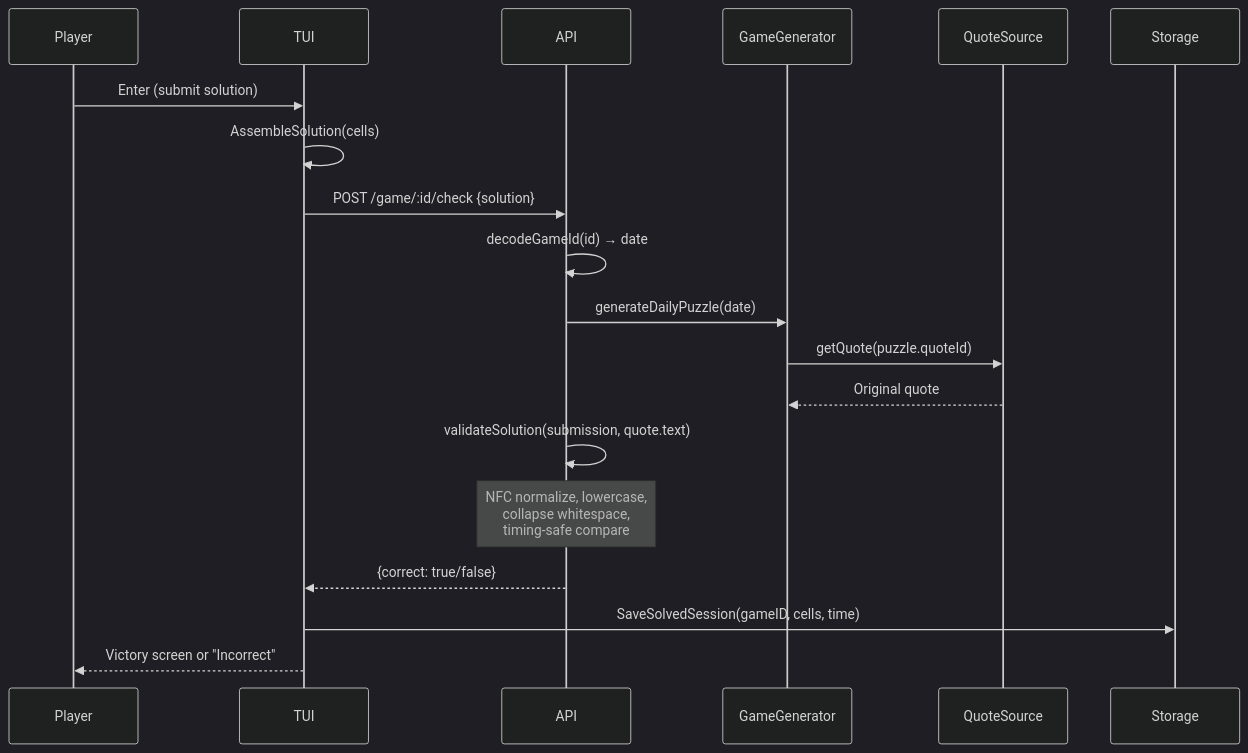
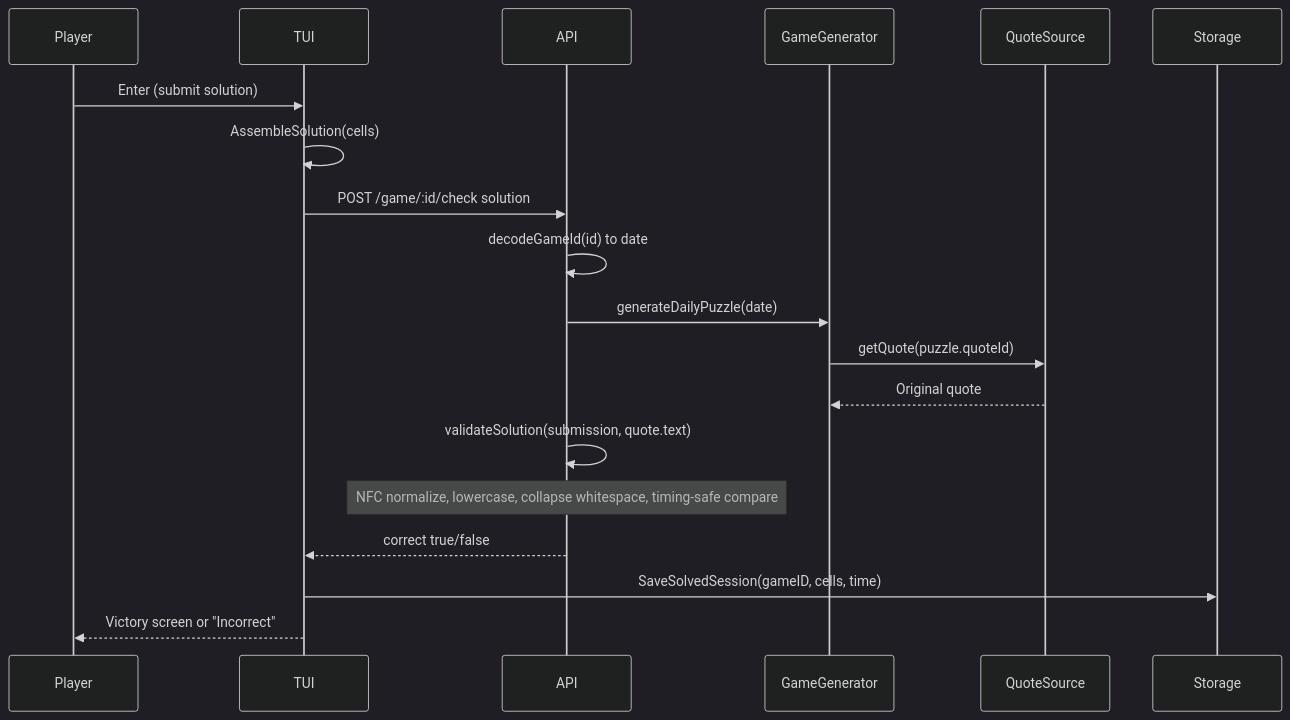
One commit to bojanrajkovic/unquote changed the third of 4 diagrams in docs/CODEBASE_MAP.md. Above: the diagram before and after it, drawn with Mermaid (dark theme). The commit also changed other lines of this file, not shown here.

First line of the commit message:
docs: fix mermaid diagram rendering on github

````diff
--- a/docs/CODEBASE_MAP.md
+++ b/docs/CODEBASE_MAP.md
@@ -278,21 +268,21 @@
 ```mermaid
 sequenceDiagram
     participant Player
     participant TUI
     participant API
     participant Generator as GameGenerator
     participant QuoteSource
 
     Player->>TUI: Enter (submit solution)
     TUI->>TUI: AssembleSolution(cells)
-    TUI->>API: POST /game/:id/check {solution}
-    API->>API: decodeGameId(id) → date
+    TUI->>API: POST /game/:id/check solution
+    API->>API: decodeGameId(id) to date
     API->>Generator: generateDailyPuzzle(date)
     Generator->>QuoteSource: getQuote(puzzle.quoteId)
     QuoteSource-->>Generator: Original quote
     API->>API: validateSolution(submission, quote.text)
-    Note over API: NFC normalize, lowercase,<br/>collapse whitespace,<br/>timing-safe compare
-    API-->>TUI: {correct: true/false}
+    Note over API: NFC normalize, lowercase, collapse whitespace, timing-safe compare
+    API-->>TUI: correct true/false
     TUI->>Storage: SaveSolvedSession(gameID, cells, time)
     TUI-->>Player: Victory screen or "Incorrect"
 ```
````
